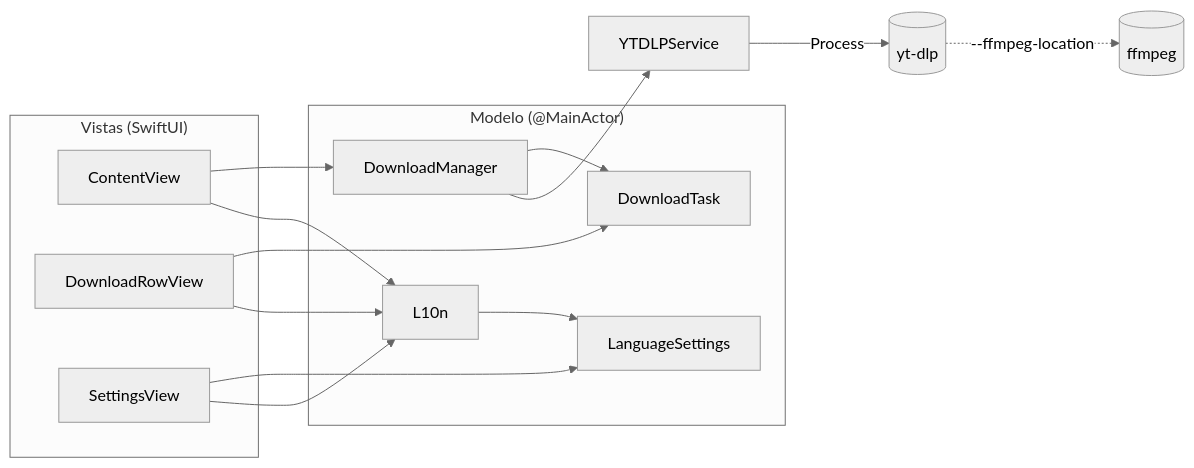
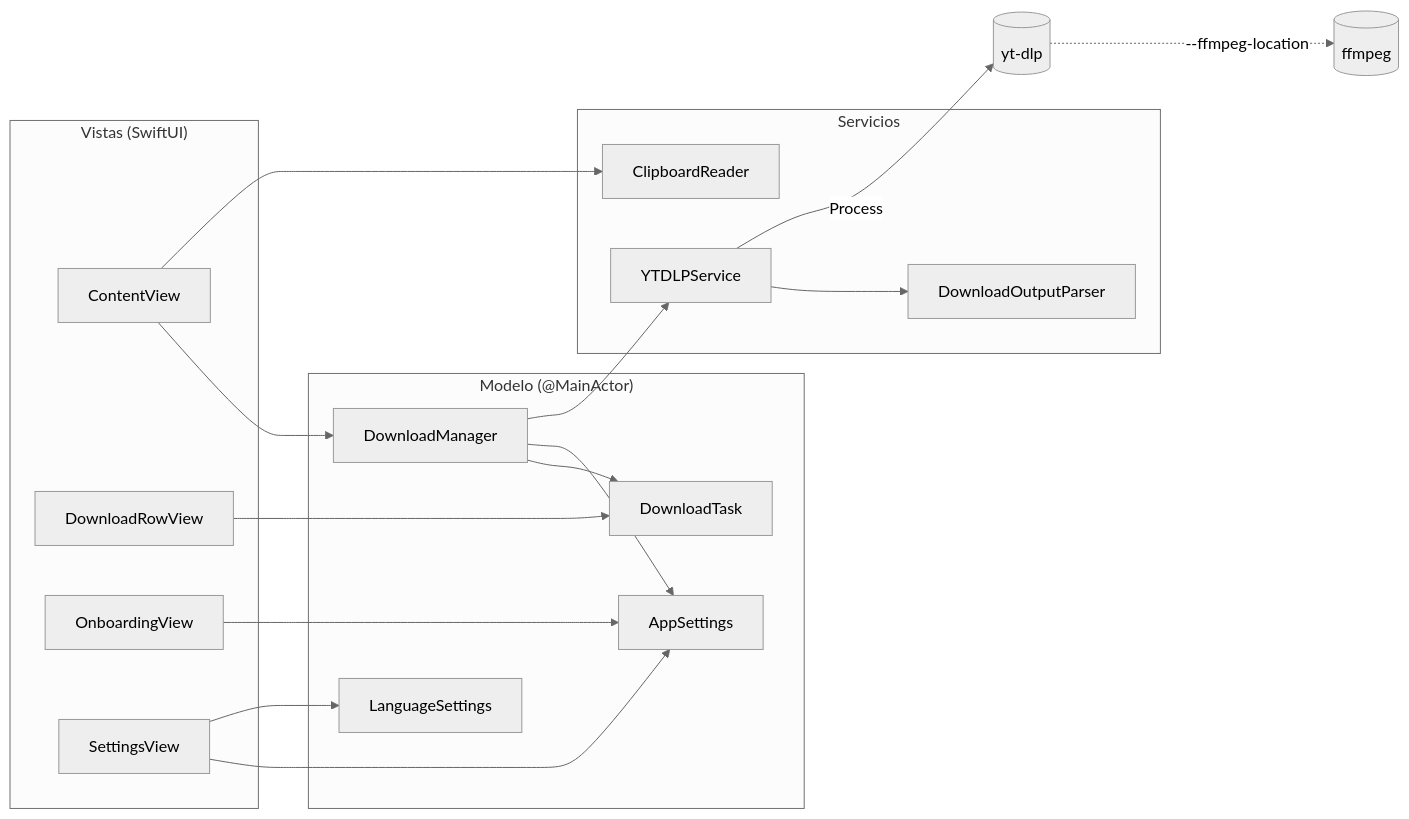
The first of 2 diagrams in docs/arquitectura.md (stargazecas/Loadr), drawn with Mermaid (neutral theme) before and after one commit. The commit also changed other lines of this file and 7 other files, not shown here.

````diff
--- a/docs/arquitectura.md
+++ b/docs/arquitectura.md
@@ -14,27 +14,34 @@
 ```mermaid
 flowchart LR
     subgraph UI["Vistas (SwiftUI)"]
         CV[ContentView]
         RV[DownloadRowView]
+        OV[OnboardingView]
         SV[SettingsView]
     end
     subgraph Modelo["Modelo (@MainActor)"]
         DM[DownloadManager]
         DT[DownloadTask]
+        AS[AppSettings]
         LS[LanguageSettings]
-        L10n[L10n]
     end
-    YS[YTDLPService]
+    subgraph Servicios
+        YS[YTDLPService]
+        YO[DownloadOutputParser]
+        CR[ClipboardReader]
+    end
     YT[(yt-dlp)]
     FF[(ffmpeg)]
 
     CV --> DM
+    CV --> CR
     RV --> DT
+    OV & SV --> AS
     SV --> LS
-    CV & RV & SV --> L10n
-    L10n --> LS
     DM --> DT
+    DM --> AS
     DM --> YS
+    YS --> YO
     YS -- Process --> YT
     YT -. --ffmpeg-location .-> FF
 ```
````
